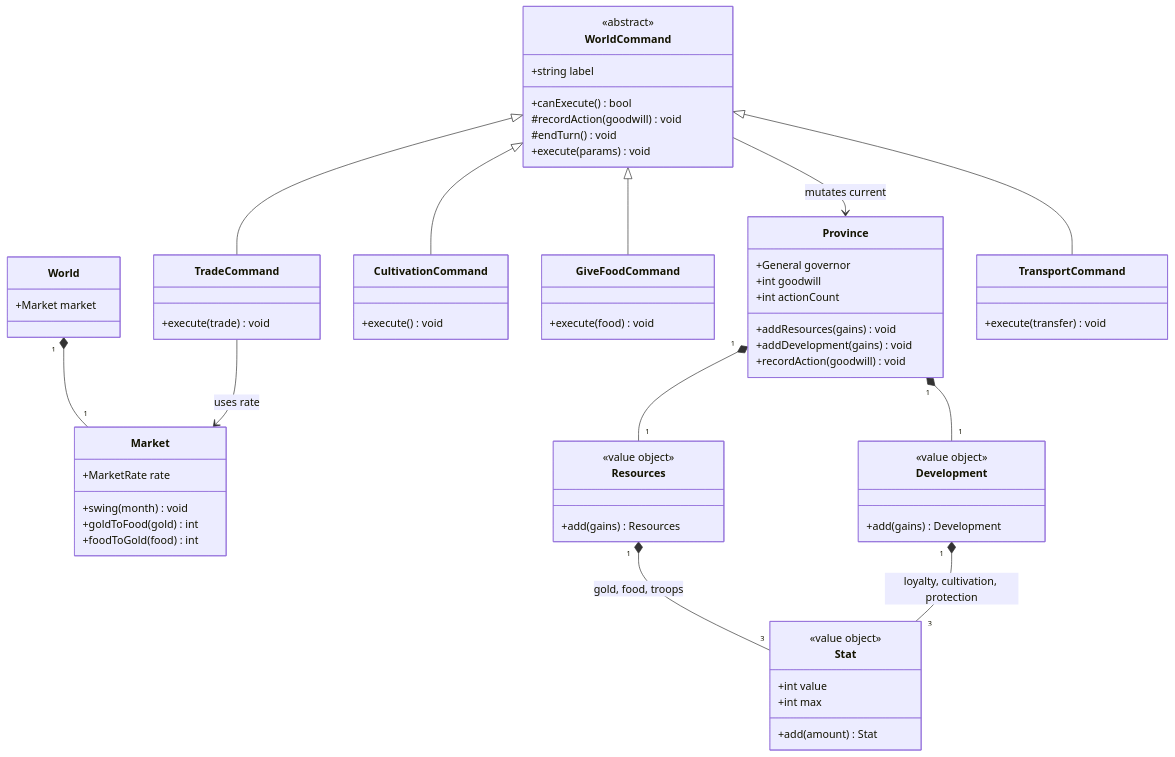
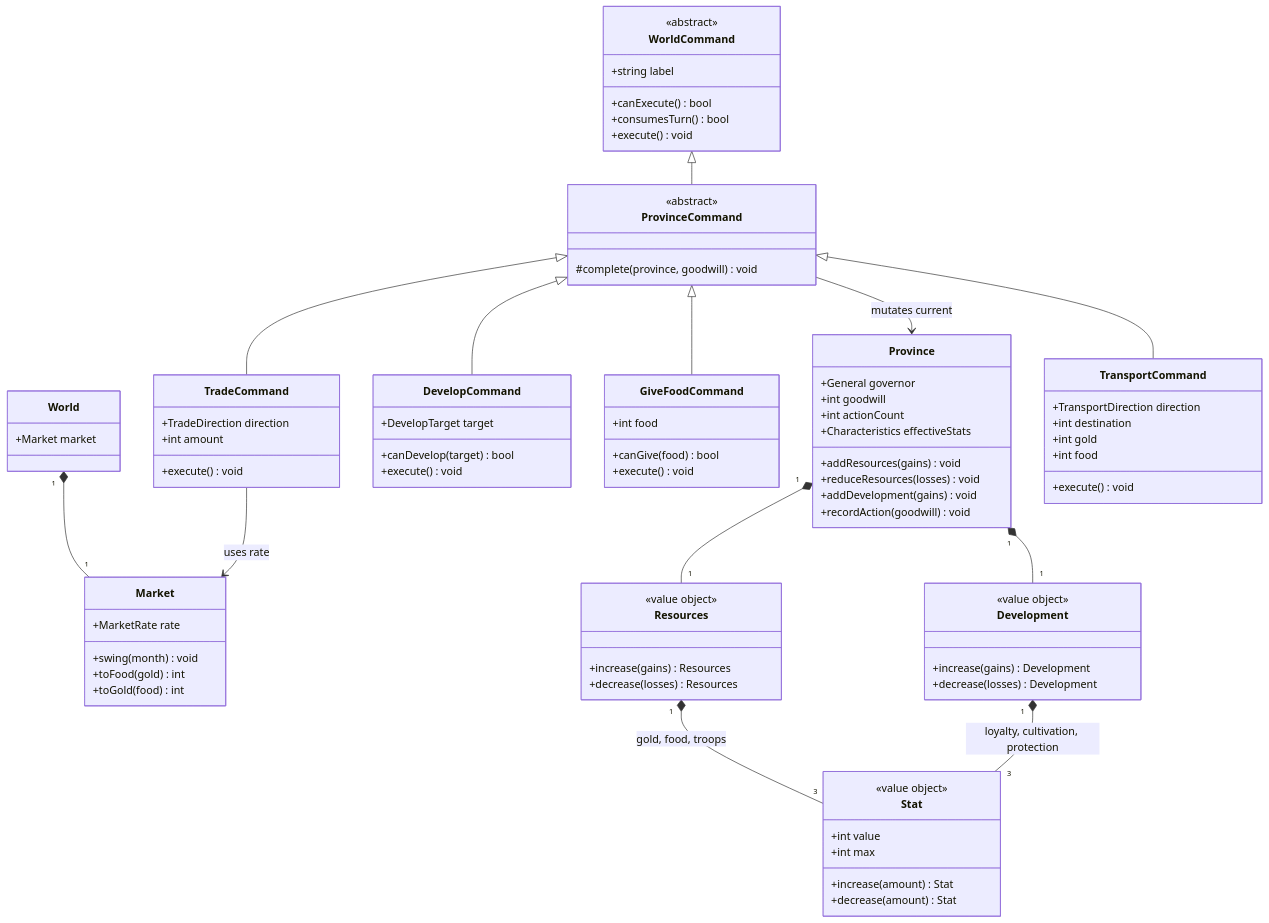
Before and after one commit to pslotinsky/kunstkamera: the second of 3 diagrams in gemstorm/docs/design/03-province-economy.md, drawn with Mermaid. The commit also changed other lines of this file and 19 other files, not shown here.

````diff
--- a/gemstorm/docs/design/03-province-economy.md
+++ b/gemstorm/docs/design/03-province-economy.md
@@ -93,28 +83,33 @@
   class Market {
     +MarketRate rate
     +swing(month) void
-    +goldToFood(gold) int
-    +foodToGold(food) int
+    +toFood(gold) int
+    +toGold(food) int
   }
   class Stat {
     <<value object>>
     +int value
     +int max
-    +add(amount) Stat
+    +increase(amount) Stat
+    +decrease(amount) Stat
   }
   class Resources {
     <<value object>>
-    +add(gains) Resources
+    +increase(gains) Resources
+    +decrease(losses) Resources
   }
   class Development {
     <<value object>>
-    +add(gains) Development
+    +increase(gains) Development
+    +decrease(losses) Development
   }
   class Province {
     +General governor
     +int goodwill
     +int actionCount
+    +Characteristics effectiveStats
     +addResources(gains) void
+    +reduceResources(losses) void
     +addDevelopment(gains) void
     +recordAction(goodwill) void
   }
@@ -122,31 +117,45 @@
     <<abstract>>
     +string label
     +canExecute() bool
-    #recordAction(goodwill) void
-    #endTurn() void
-    +execute(params) void
+    +consumesTurn() bool
+    +execute() void
   }
-  class CultivationCommand {
+  class ProvinceCommand {
+    <<abstract>>
+    #complete(province, goodwill) void
+  }
+  class DevelopCommand {
+    +DevelopTarget target
+    +canDevelop(target) bool
     +execute() void
   }
   class GiveFoodCommand {
-    +execute(food) void
+    +int food
+    +canGive(food) bool
+    +execute() void
   }
   class TradeCommand {
-    +execute(trade) void
+    +TradeDirection direction
+    +int amount
+    +execute() void
   }
   class TransportCommand {
-    +execute(transfer) void
+    +TransportDirection direction
+    +int destination
+    +int gold
+    +int food
+    +execute() void
   }
   World "1" *-- "1" Market
   Province "1" *-- "1" Resources
   Province "1" *-- "1" Development
   Resources "1" *-- "3" Stat : gold, food, troops
   Development "1" *-- "3" Stat : loyalty, cultivation, protection
-  WorldCommand <|-- CultivationCommand
-  WorldCommand <|-- GiveFoodCommand
-  WorldCommand <|-- TradeCommand
-  WorldCommand <|-- TransportCommand
+  WorldCommand <|-- ProvinceCommand
+  ProvinceCommand <|-- DevelopCommand
+  ProvinceCommand <|-- GiveFoodCommand
+  ProvinceCommand <|-- TradeCommand
+  ProvinceCommand <|-- TransportCommand
   TradeCommand --> Market : uses rate
-  WorldCommand --> Province : mutates current
+  ProvinceCommand --> Province : mutates current
 ```
````
